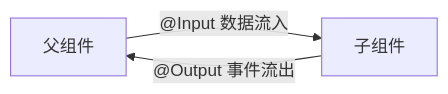
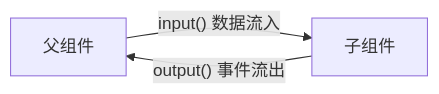
Before and after one commit to KMaybe01/common: the fifth of 17 diagrams in S2-框架深入/05-Angular20学习指南.md, drawn with Mermaid. The commit also changed other lines of this file, not shown here.

````diff
--- a/S2-框架深入/05-Angular20学习指南.md
+++ b/S2-框架深入/05-Angular20学习指南.md
@@ -328,5 +328,5 @@
 ```mermaid
 graph LR
-    A["父组件"] -->|"@Input 数据流入"| B["子组件"]
-    B -->|"@Output 事件流出"| A
+    A["父组件"] -->|"input() 数据流入"| B["子组件"]
+    B -->|"output() 事件流出"| A
 ```
````
